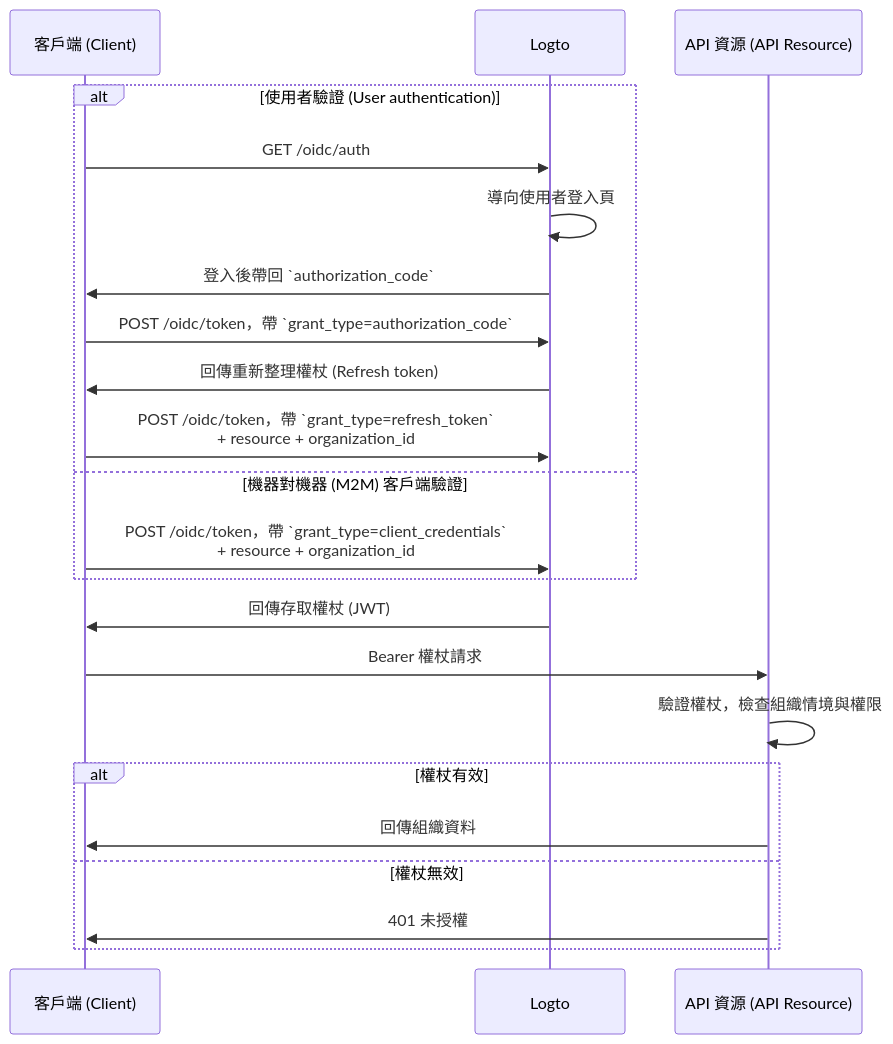
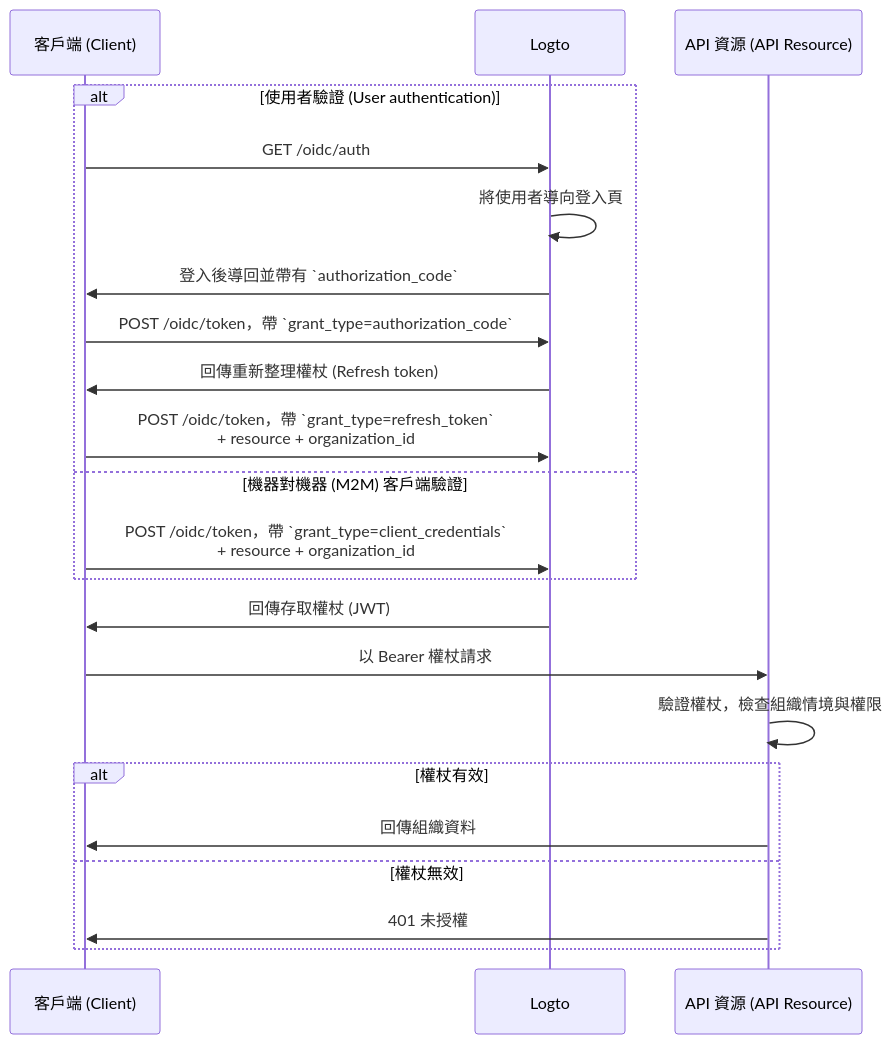
One commit to logto-io/docs changed the diagram in i18n/zh-TW/docusaurus-plugin-content-docs/current/authorization/organization-level-api-resources.mdx. Above: the diagram before and after it, drawn with Mermaid. The commit also changed other lines of this file and 36 other files, not shown here.

````diff
--- a/i18n/zh-TW/docusaurus-plugin-content-docs/current/authorization/organization-level-api-resources.mdx
+++ b/i18n/zh-TW/docusaurus-plugin-content-docs/current/authorization/organization-level-api-resources.mdx
@@ -65,27 +66,27 @@
 ```mermaid
 sequenceDiagram
     participant Client as 客戶端 (Client)
     participant Logto as Logto
     participant API as API 資源 (API Resource)
 
     alt 使用者驗證 (User authentication)
         Client->>Logto: GET /oidc/auth
-        Logto->>Logto: 導向使用者登入頁
-        Logto->>Client: 登入後帶回 `authorization_code`
+        Logto->>Logto: 將使用者導向登入頁
+        Logto->>Client: 登入後導回並帶有 `authorization_code`
         Client->>Logto: POST /oidc/token，帶 `grant_type=authorization_code`
         Logto->>Client: 回傳重新整理權杖 (Refresh token)
         Client->>Logto: POST /oidc/token，帶 `grant_type=refresh_token`<br/>+ resource + organization_id
     else 機器對機器 (M2M) 客戶端驗證
         Client->>Logto: POST /oidc/token，帶 `grant_type=client_credentials`<br/>+ resource + organization_id
     end
 
     Logto->>Client: 回傳存取權杖 (JWT)
-    Client->>API: Bearer 權杖請求
+    Client->>API: 以 Bearer 權杖請求
     API->>API: 驗證權杖，檢查組織情境與權限
 
     alt 權杖有效
       API->>Client: 回傳組織資料
     else 權杖無效
       API->>Client: 401 未授權
     end
 ```
````
